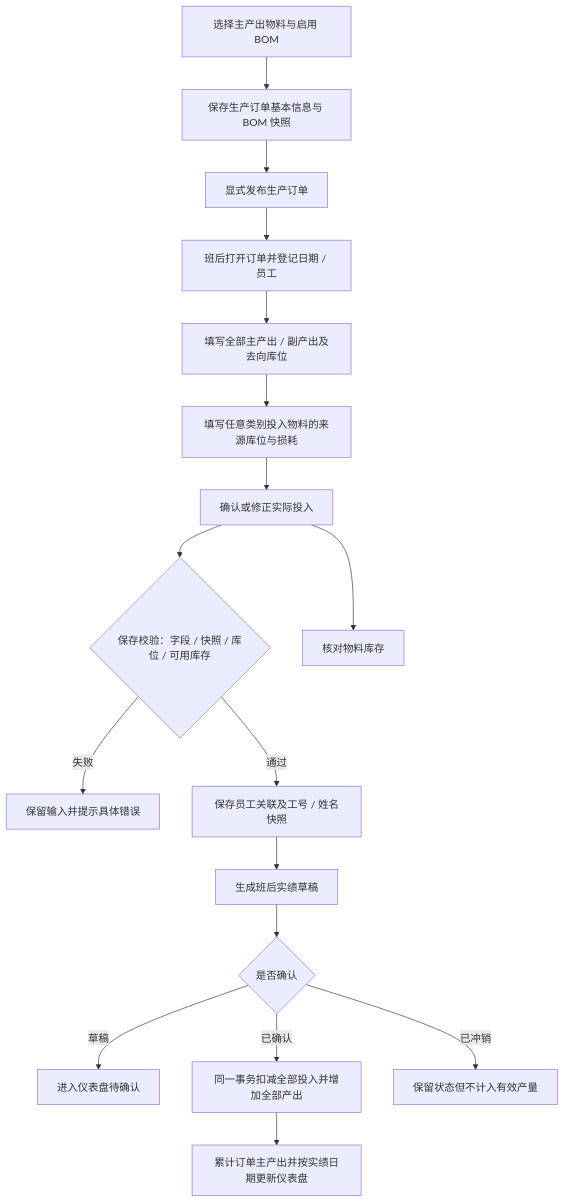
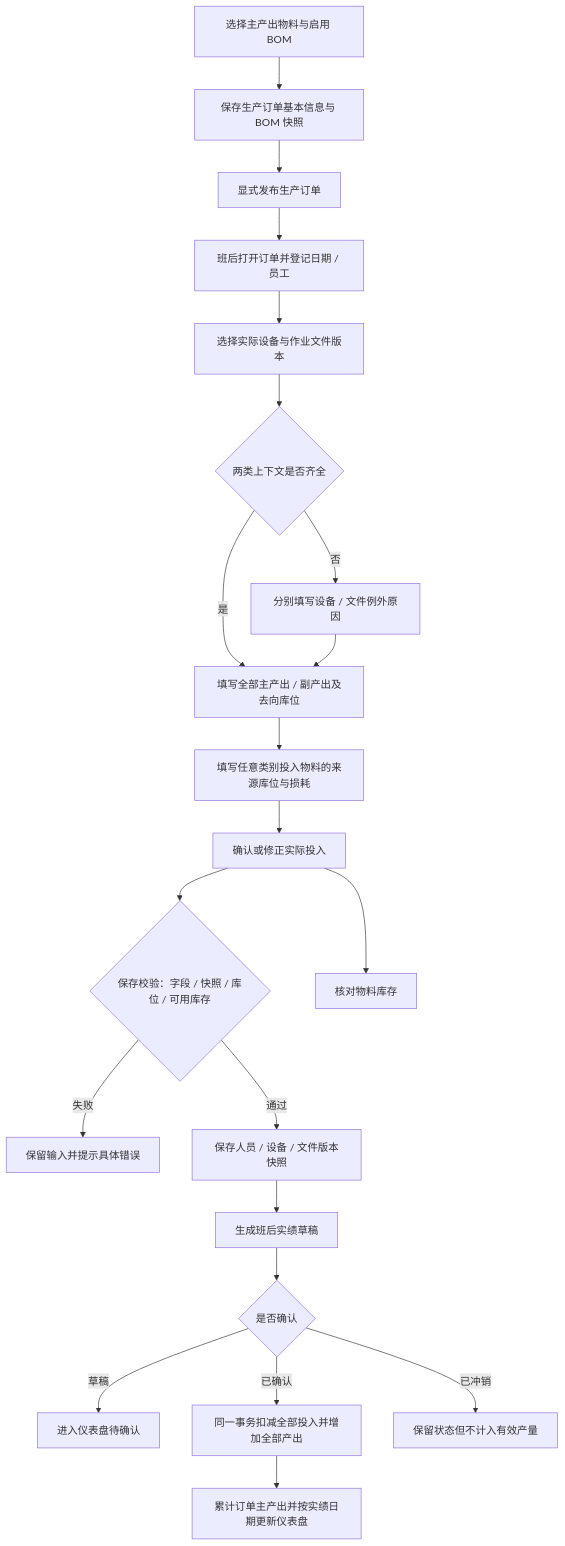
Diagram 11 of 18 in docs/minierp/system-function-flow.md (goldf2/mes-lite), drawn with Mermaid before and after one commit. The commit also changed other lines of this file and 230 other files, not shown here.

````diff
--- a/docs/minierp/system-function-flow.md
+++ b/docs/minierp/system-function-flow.md
@@ -383,19 +383,23 @@
 ```mermaid
 flowchart TD
   A["选择主产出物料与启用 BOM"] --> B["保存生产订单基本信息与 BOM 快照"]
   B --> R["显式发布生产订单"]
   R --> C["班后打开订单并登记日期 / 员工"]
-  C --> D["填写全部主产出 / 副产出及去向库位"]
+  C --> Q["选择实际设备与作业文件版本"]
+  Q --> QV{"两类上下文是否齐全"}
+  QV -->|否| QR["分别填写设备 / 文件例外原因"]
+  QV -->|是| D["填写全部主产出 / 副产出及去向库位"]
+  QR --> D
   D --> E["填写任意类别投入物料的来源库位与损耗"]
   E --> I["确认或修正实际投入"]
   I --> V{"保存校验：字段 / 快照 / 库位 / 可用库存"}
   V -->|失败| X["保留输入并提示具体错误"]
-  V -->|通过| J["保存员工关联及工号 / 姓名快照"]
+  V -->|通过| J["保存人员 / 设备 / 文件版本快照"]
   J --> F["生成班后实绩草稿"]
   F --> K{"是否确认"}
   K -->|草稿| L["进入仪表盘待确认"]
   K -->|已确认| N["同一事务扣减全部投入并增加全部产出"]
   N --> G["累计订单主产出并按实绩日期更新仪表盘"]
   K -->|已冲销| M["保留状态但不计入有效产量"]
   I --> H["核对物料库存"]
 ```
````
